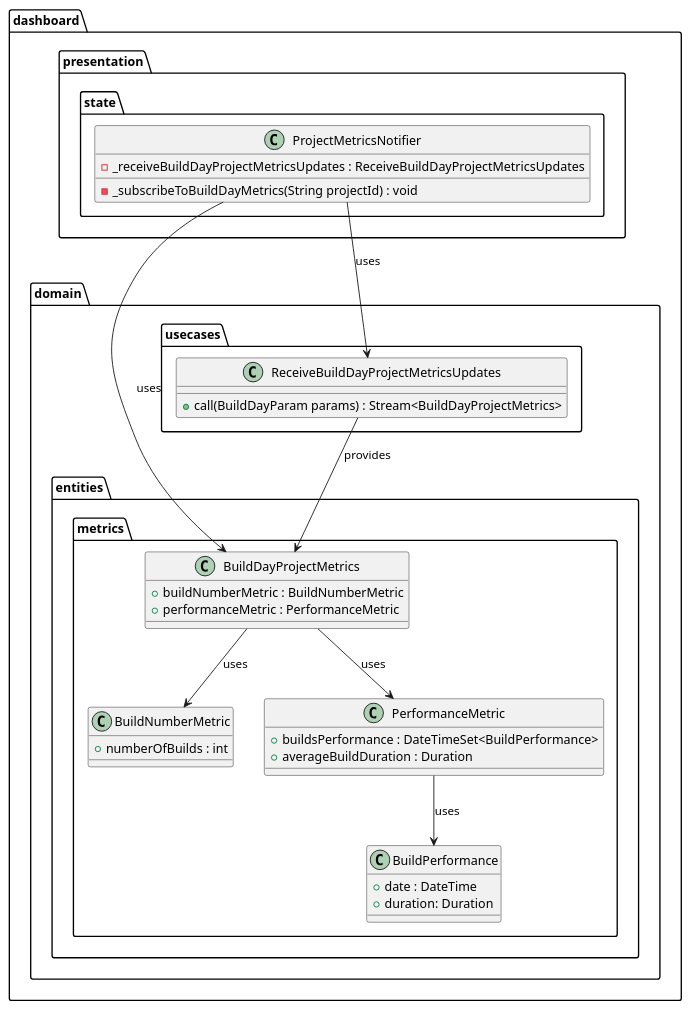
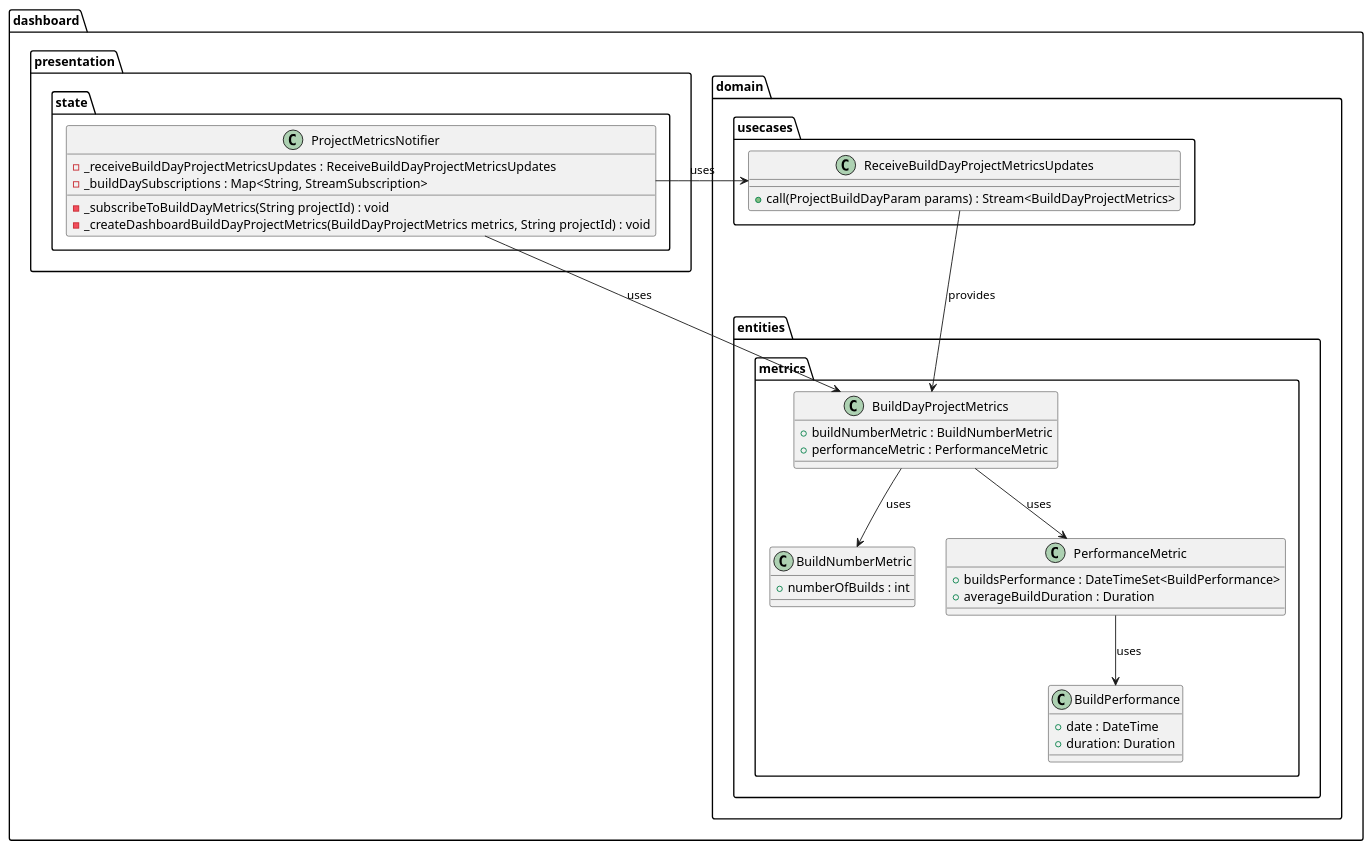
One commit to Flank/flank-dashboard changed the diagram in metrics/web/docs/features/builds_aggregation/diagrams/build_days_presentation_layer_class_diagram.puml. Above: the diagram before and after it, drawn with PlantUML. The commit also changed 4 other files, not shown here.

```diff
--- a/metrics/web/docs/features/builds_aggregation/diagrams/build_days_presentation_layer_class_diagram.puml
+++ b/metrics/web/docs/features/builds_aggregation/diagrams/build_days_presentation_layer_class_diagram.puml
@@ -1,45 +1,47 @@
 @startuml build_days_presentation_layer_class_diagram
     package dashboard {
         package domain {
             package entities.metrics {
                 class BuildNumberMetric {
                     + numberOfBuilds : int
                 }
                 class BuildPerformance {
                         + date : DateTime
                         + duration: Duration
                 }
                 class PerformanceMetric {
                     + buildsPerformance : DateTimeSet<BuildPerformance>
                     + averageBuildDuration : Duration
                 }
                 class BuildDayProjectMetrics {
                     + buildNumberMetric : BuildNumberMetric
                     + performanceMetric : PerformanceMetric
                 }
             }
 
             package usecases {
                 class ReceiveBuildDayProjectMetricsUpdates {
-                    + call(BuildDayParam params) : Stream<BuildDayProjectMetrics>
+                    + call(ProjectBuildDayParam params) : Stream<BuildDayProjectMetrics>
                 }
             }
         }
 
         package presentation.state {
             class ProjectMetricsNotifier {
                 - _receiveBuildDayProjectMetricsUpdates : ReceiveBuildDayProjectMetricsUpdates
+                - _buildDaySubscriptions : Map<String, StreamSubscription>
                 - _subscribeToBuildDayMetrics(String projectId) : void
+                - _createDashboardBuildDayProjectMetrics(BuildDayProjectMetrics metrics, String projectId) : void
             }
         }
     }
 
-    ProjectMetricsNotifier --> ReceiveBuildDayProjectMetricsUpdates : uses
+    ProjectMetricsNotifier -right-> ReceiveBuildDayProjectMetricsUpdates : uses
     ReceiveBuildDayProjectMetricsUpdates --> BuildDayProjectMetrics : provides
     ProjectMetricsNotifier --> BuildDayProjectMetrics : uses
 
     BuildDayProjectMetrics --> BuildNumberMetric : uses
     BuildDayProjectMetrics --> PerformanceMetric : uses
     PerformanceMetric --> BuildPerformance : uses
     
 @enduml
```
